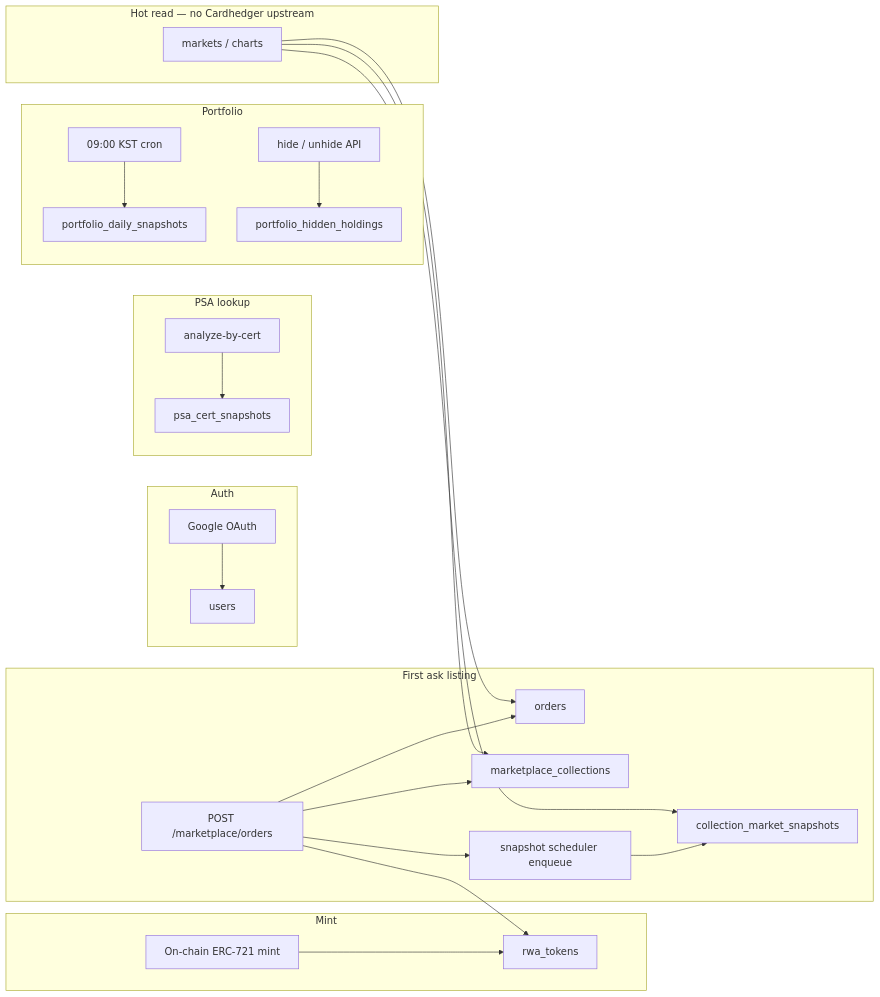
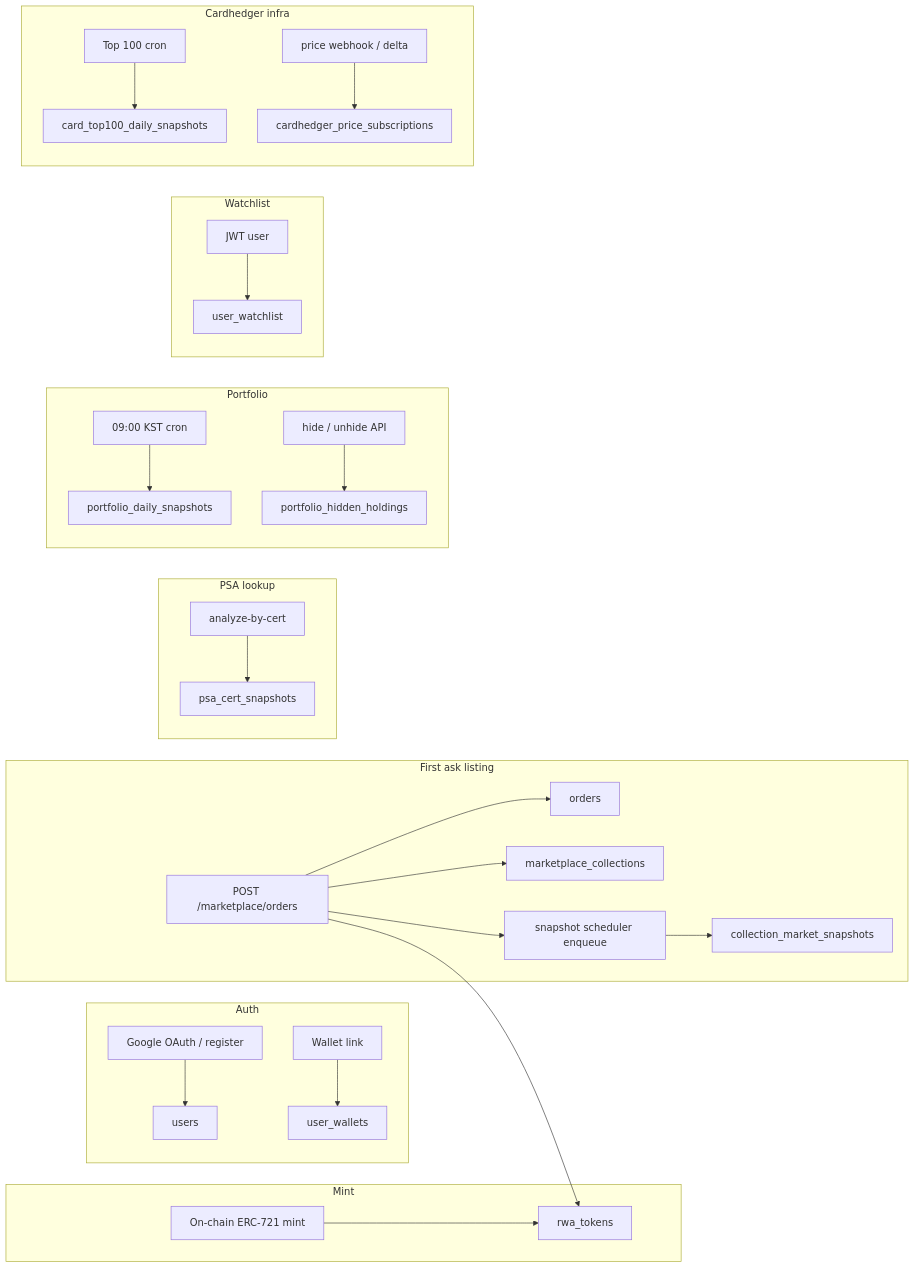
One commit to tokenable-dev/tokenable-dev changed the second of 2 diagrams in docs/architecture/database.md. Above: the diagram before and after it, drawn with Mermaid. The commit also changed other lines of this file and 22 other files, not shown here.

````diff
--- a/docs/architecture/database.md
+++ b/docs/architecture/database.md
@@ -129,33 +151,37 @@
 ```mermaid
 flowchart LR
     subgraph auth [Auth]
-        A1[Google OAuth] --> users
+        A1[Google OAuth / register] --> users
+        A2[Wallet link] --> user_wallets
     end
 
     subgraph mint [Mint]
         M1[On-chain ERC-721 mint] --> rwa_tokens
     end
 
     subgraph list [First ask listing]
         L1[POST /marketplace/orders] --> orders
         L1 --> marketplace_collections
         L1 --> rwa_tokens
         L1 --> Q[snapshot scheduler enqueue]
         Q --> collection_market_snapshots
     end
 
     subgraph psa [PSA lookup]
         P1[analyze-by-cert] --> psa_cert_snapshots
     end
 
     subgraph portfolio [Portfolio]
         C1[09:00 KST cron] --> portfolio_daily_snapshots
         H1[hide / unhide API] --> portfolio_hidden_holdings
     end
 
-    subgraph read [Hot read — no Cardhedger upstream]
-        R1[markets / charts] --> marketplace_collections
-        R1 --> collection_market_snapshots
-        R1 --> orders
+    subgraph watchlist [Watchlist]
+        W1[JWT user] --> user_watchlist
+    end
+
+    subgraph cardhedger [Cardhedger infra]
+        T1[Top 100 cron] --> card_top100_daily_snapshots
+        S1[price webhook / delta] --> cardhedger_price_subscriptions
     end
 ```
````
